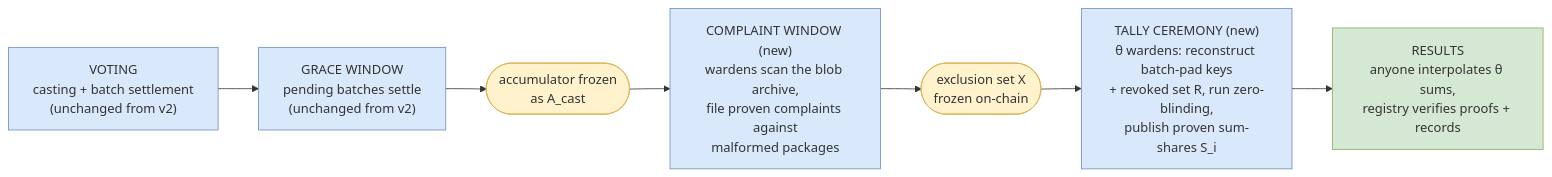
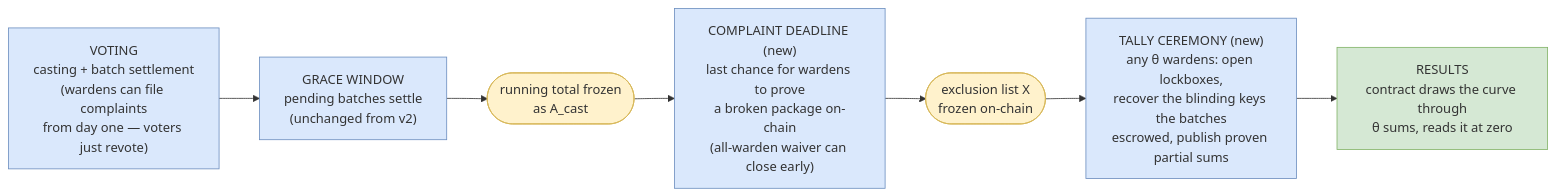
One commit to vocdoni/davinci-paper changed the diagram in v3-pq/figures/src/timeline.mmd. Above: the diagram before and after it, drawn with Mermaid. The commit also changed 12 other files, not shown here.

```diff
--- a/v3-pq/figures/src/timeline.mmd
+++ b/v3-pq/figures/src/timeline.mmd
@@ -1,10 +1,10 @@
 flowchart LR
   classDef ph fill:#dae8fc,stroke:#6c8ebf;
   classDef ev fill:#fff2cc,stroke:#d6b656;
   classDef fin fill:#d5e8d4,stroke:#82b366;
-  V["VOTING<br/>casting + batch settlement<br/>(unchanged from v2)"]:::ph --> G["GRACE WINDOW<br/>pending batches settle<br/>(unchanged from v2)"]:::ph
-  G --> F1(["accumulator frozen<br/>as A_cast"]):::ev
-  F1 --> CW["COMPLAINT WINDOW (new)<br/>wardens scan the blob archive,<br/>file proven complaints against<br/>malformed packages"]:::ph
-  CW --> F2(["exclusion set X<br/>frozen on-chain"]):::ev
-  F2 --> TC["TALLY CEREMONY (new)<br/>θ wardens: reconstruct batch-pad keys<br/>+ revoked set R, run zero-blinding,<br/>publish proven sum-shares S_i"]:::ph
-  TC --> RES["RESULTS<br/>anyone interpolates θ sums,<br/>registry verifies proofs + records"]:::fin
+  V["VOTING<br/>casting + batch settlement<br/>(wardens can file complaints<br/>from day one — voters just revote)"]:::ph --> G["GRACE WINDOW<br/>pending batches settle<br/>(unchanged from v2)"]:::ph
+  G --> F1(["running total frozen<br/>as A_cast"]):::ev
+  F1 --> CW["COMPLAINT DEADLINE (new)<br/>last chance for wardens to prove<br/>a broken package on-chain<br/>(all-warden waiver can close early)"]:::ph
+  CW --> F2(["exclusion list X<br/>frozen on-chain"]):::ev
+  F2 --> TC["TALLY CEREMONY (new)<br/>any θ wardens: open lockboxes,<br/>recover the blinding keys the batches<br/>escrowed, publish proven partial sums"]:::ph
+  TC --> RES["RESULTS<br/>contract draws the curve through<br/>θ sums, reads it at zero"]:::fin
```
